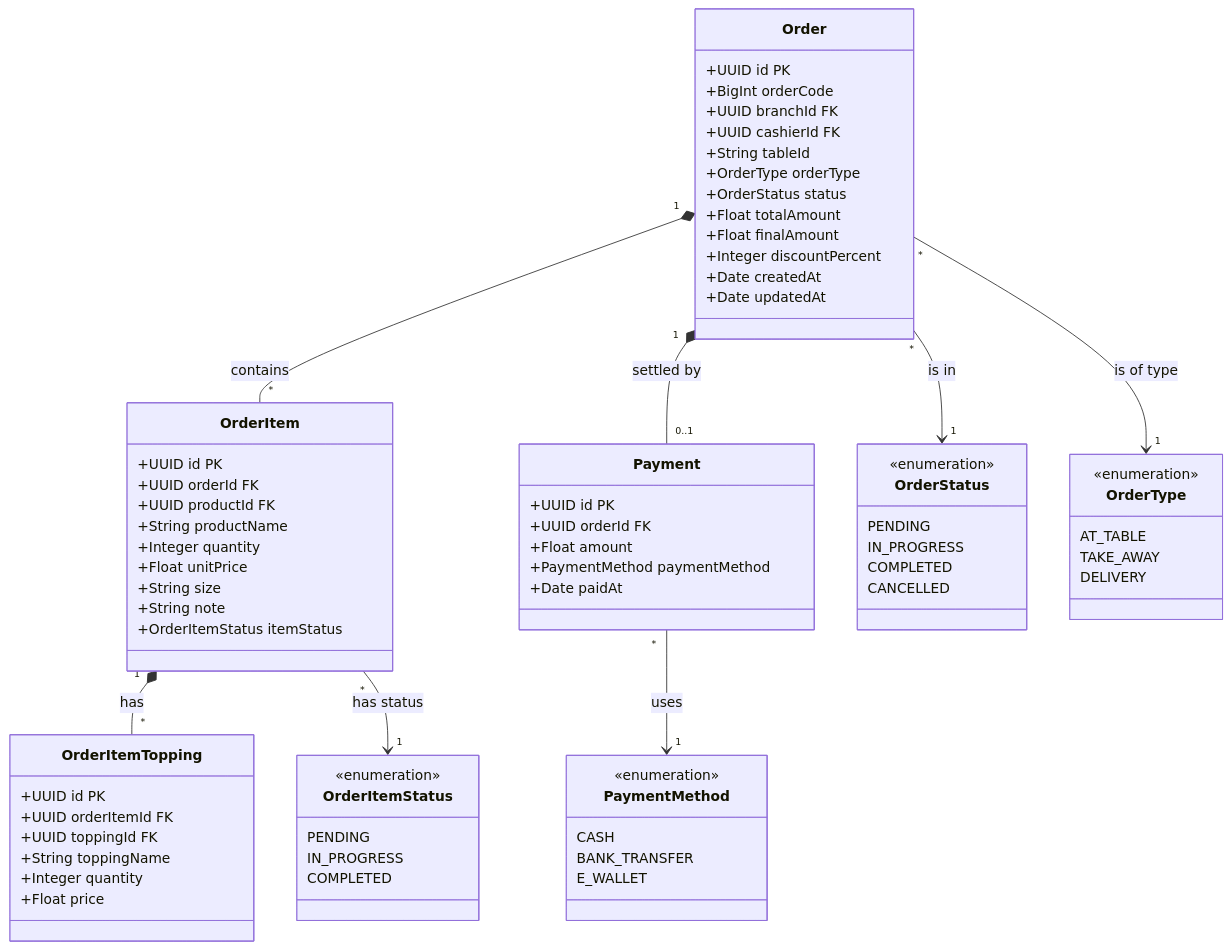
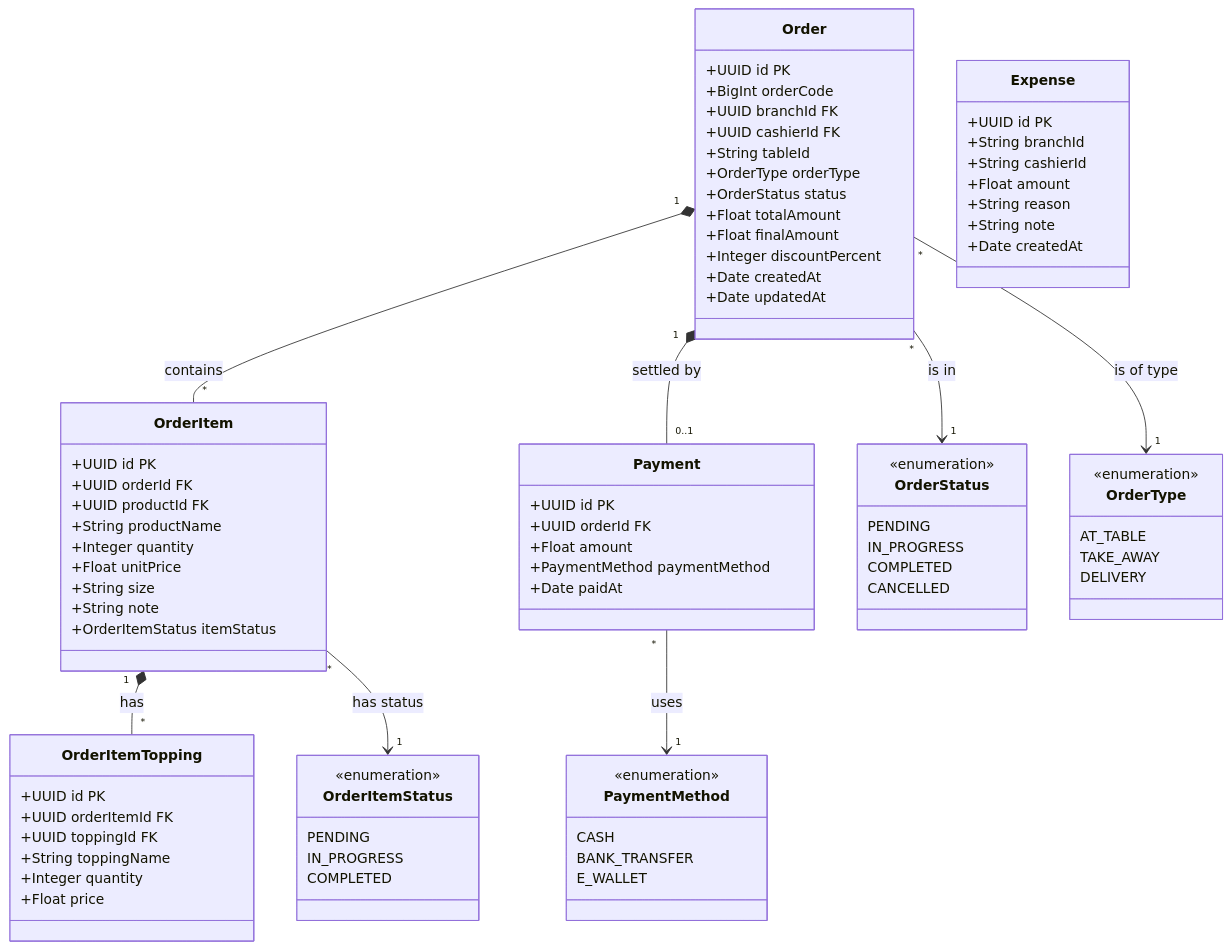
Before and after one commit to pnwang1704/KLTN_N70: the third of 5 diagrams in docs/CLASS_DIAGRAMS.md, drawn with Mermaid. The commit also changed other lines of this file and 4 other files, not shown here.

```diff
--- a/docs/CLASS_DIAGRAMS.md
+++ b/docs/CLASS_DIAGRAMS.md
@@ -89,6 +89,16 @@
         +Integer discountPercent
         +Date createdAt
         +Date updatedAt
+    }
+
+    class Expense {
+        +UUID id PK
+        +String branchId
+        +String cashierId
+        +Float amount
+        +String reason
+        +String note
+        +Date createdAt
     }
 
     class OrderItem {
```
